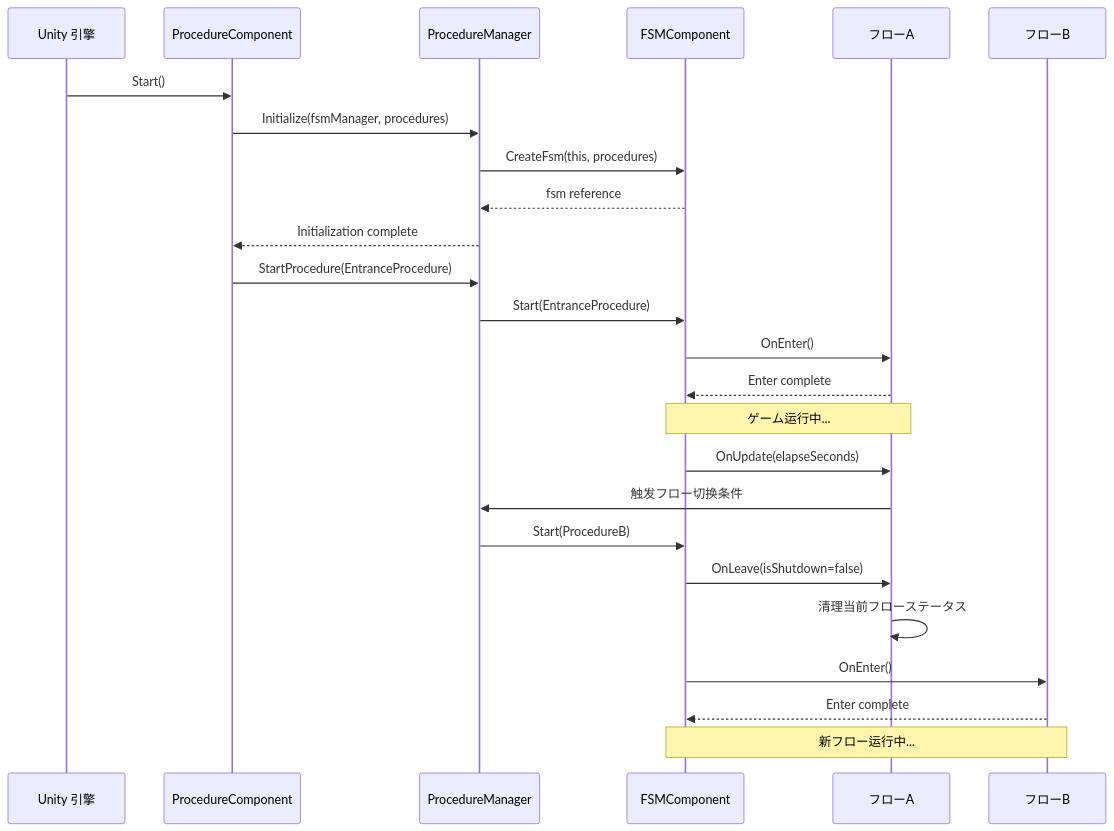
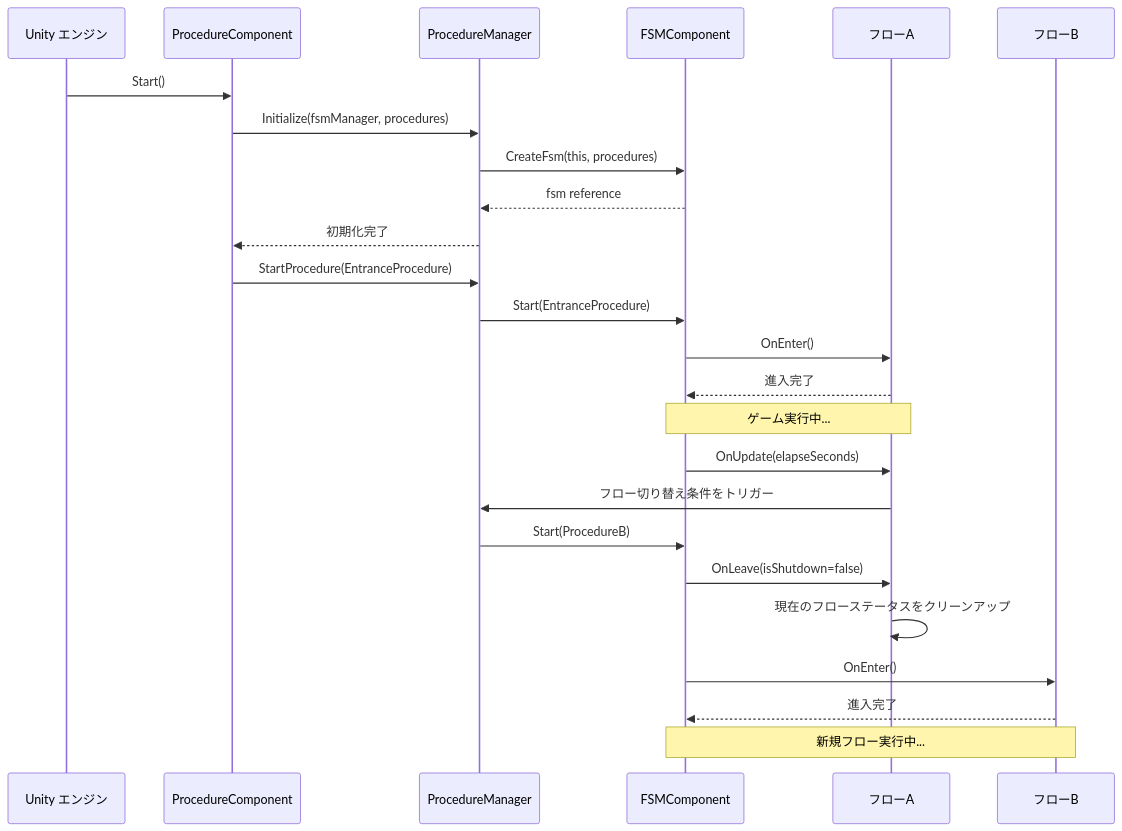
The second of 2 diagrams in docs/ja/client/unity/component/procedure/04.features.md (AlianBlank/GameFrameX.Docs), drawn with Mermaid before and after one commit. The commit also changed other lines of this file and 320 other files, not shown here.

````diff
--- a/docs/ja/client/unity/component/procedure/04.features.md
+++ b/docs/ja/client/unity/component/procedure/04.features.md
@@ -163,31 +163,31 @@
 ```mermaid
 sequenceDiagram
-    participant Unity as Unity 引擎
+    participant Unity as Unity エンジン
     participant PC as ProcedureComponent
     participant PM as ProcedureManager
     participant FSM as FSMComponent
     participant P1 as フローA
     participant P2 as フローB
 
     Unity->>PC: Start()
     PC->>PM: Initialize(fsmManager, procedures)
     PM->>FSM: CreateFsm(this, procedures)
     FSM-->>PM: fsm reference
-    PM-->>PC: Initialization complete
+    PM-->>PC: 初期化完了
     PC->>PM: StartProcedure(EntranceProcedure)
     PM->>FSM: Start(EntranceProcedure)
     FSM->>P1: OnEnter()
-    P1-->>FSM: Enter complete
-    
-    Note over P1, FSM: ゲーム运行中...
-    
+    P1-->>FSM: 進入完了
+
+    Note over P1, FSM: ゲーム実行中...
+
     FSM->>P1: OnUpdate(elapseSeconds)
-    P1->>PM: 触发フロー切换条件
+    P1->>PM: フロー切り替え条件をトリガー
     PM->>FSM: Start(ProcedureB)
     FSM->>P1: OnLeave(isShutdown=false)
-    P1->>P1: 清理当前フローステータス
+    P1->>P1: 現在のフローステータスをクリーンアップ
     FSM->>P2: OnEnter()
-    P2-->>FSM: Enter complete
-    
-    Note over P2, FSM: 新フロー运行中...
+    P2-->>FSM: 進入完了
+
+    Note over P2, FSM: 新規フロー実行中...
 ```
````
